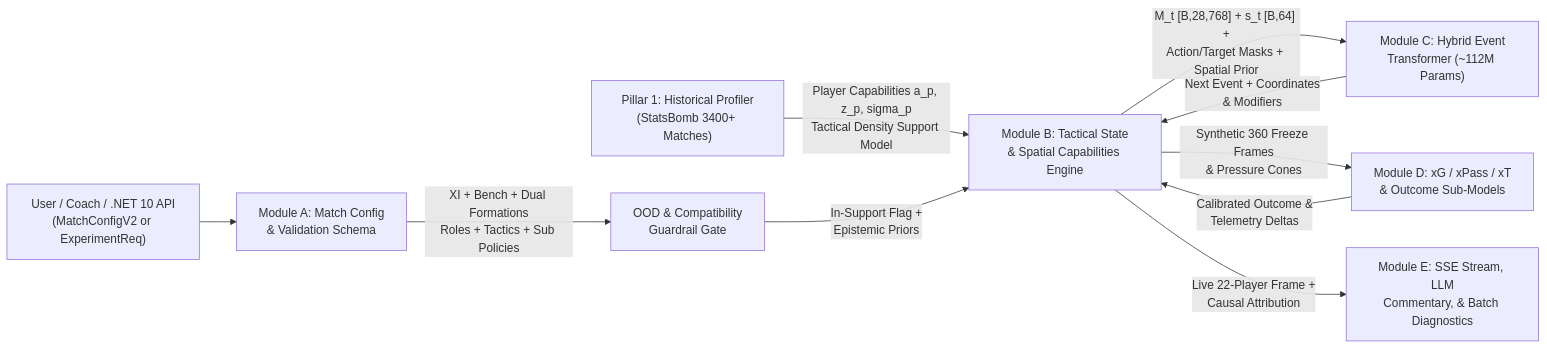
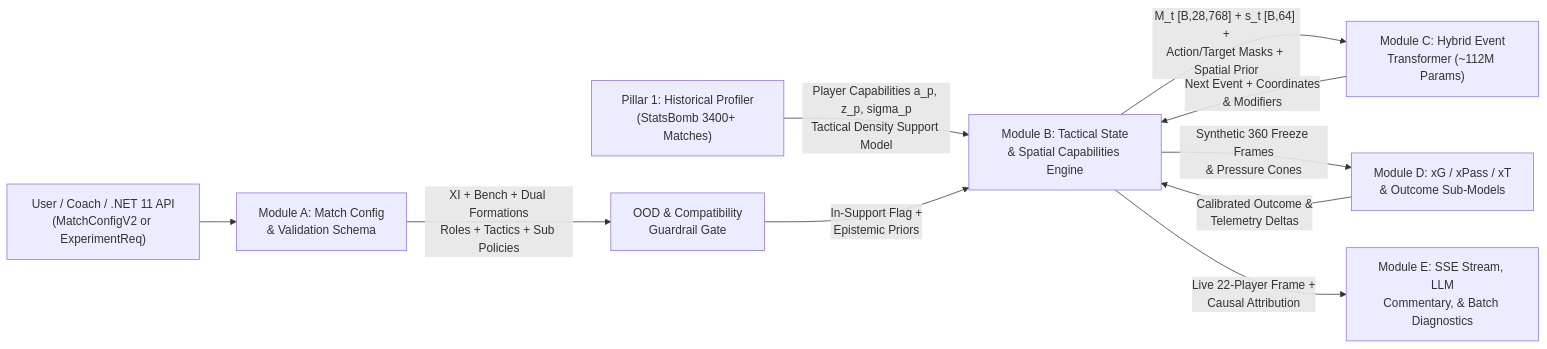
One commit to Nader7x/PixelPitchAI changed the first of 2 diagrams in docs/revamp/02_tactical_state_and_experimentation.md. Above: the diagram before and after it, drawn with Mermaid. The commit also changed other lines of this file and 4 other files, not shown here.

````diff
--- a/docs/revamp/02_tactical_state_and_experimentation.md
+++ b/docs/revamp/02_tactical_state_and_experimentation.md
@@ -24,12 +24,12 @@
 ```mermaid
 flowchart LR
     P1["Pillar 1: Historical Profiler\n(StatsBomb 3400+ Matches)"] -->|"Player Capabilities a_p, z_p, sigma_p\nTactical Density Support Model"| ModB
-    UI["User / Coach / .NET 10 API\n(MatchConfigV2 or ExperimentReq)"] --> ModA["Module A: Match Config\n& Validation Schema"]
+    UI["User / Coach / .NET 11 API\n(MatchConfigV2 or ExperimentReq)"] --> ModA["Module A: Match Config\n& Validation Schema"]
     ModA -->|"XI + Bench + Dual Formations\nRoles + Tactics + Sub Policies"| OOD["OOD & Compatibility\nGuardrail Gate"]
     OOD -->|"In-Support Flag +\nEpistemic Priors"| ModB["Module B: Tactical State\n& Spatial Capabilities Engine"]
     ModB -->|"M_t [B,28,768] + s_t [B,64] +\nAction/Target Masks + Spatial Prior"| ModC["Module C: Hybrid Event\nTransformer (~112M Params)"]
     ModB -->|"Synthetic 360 Freeze Frames\n& Pressure Cones"| ModD["Module D: xG / xPass / xT\n& Outcome Sub-Models"]
     ModC -->|"Next Event + Coordinates\n& Modifiers"| ModB
     ModD -->|"Calibrated Outcome &\nTelemetry Deltas"| ModB
     ModB -->|"Live 22-Player Frame +\nCausal Attribution"| ModE["Module E: SSE Stream, LLM\nCommentary, & Batch Diagnostics"]
 ```
````
